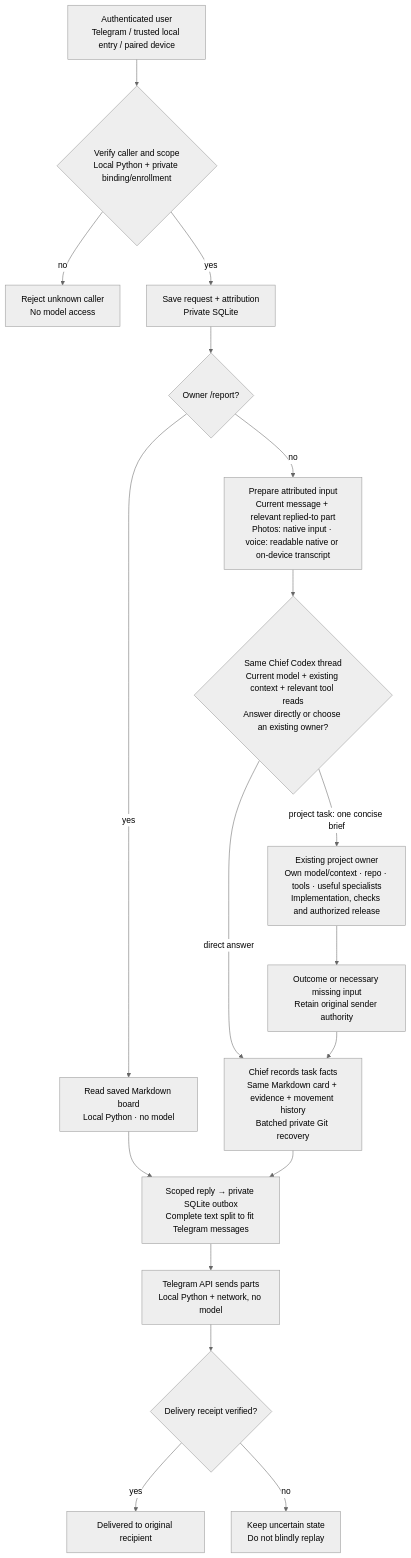
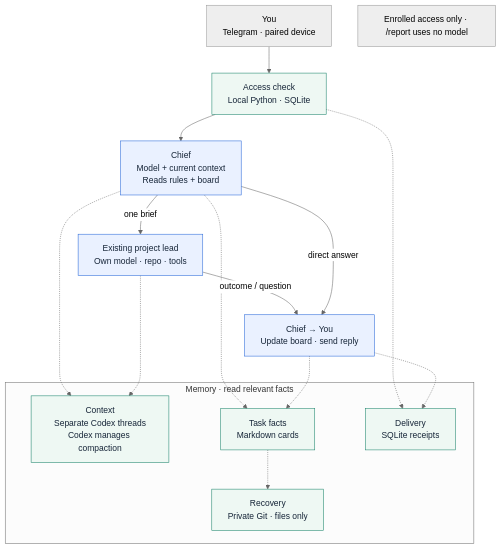
The diagram in chief/architecture.mmd (MarcoWorms/marcoworms.github.io), drawn with Mermaid (neutral theme) before and after one commit. The commit also changed 4 other files, not shown here.

Commit message:
Present Chief flow and memory in one clear diagram

```diff
--- a/chief/architecture.mmd
+++ b/chief/architecture.mmd
@@ -1,27 +1,28 @@
 flowchart TB
-    U["Authenticated user<br/>Telegram / trusted local entry / paired device"]
-    A{"Verify caller and scope<br/>Local Python + private binding/enrollment"}
-    D["Reject unknown caller<br/>No model access"]
-    Q["Save request + attribution<br/>Private SQLite"]
-    R{"Owner /report?"}
-    F["Read saved Markdown board<br/>Local Python · no model"]
-    P["Prepare attributed input<br/>Current message + relevant replied-to part<br/>Photos: native input · voice: readable native or on-device transcript"]
-    C{"Same Chief Codex thread<br/>Current model + existing context + relevant tool reads<br/>Answer directly or choose an existing owner?"}
-    O["Existing project owner<br/>Own model/context · repo · tools · useful specialists<br/>Implementation, checks and authorized release"]
-    E["Outcome or necessary missing input<br/>Retain original sender authority"]
-    B["Chief records task facts<br/>Same Markdown card + evidence + movement history<br/>Batched private Git recovery"]
-    T["Scoped reply → private SQLite outbox<br/>Complete text split to fit Telegram messages"]
-    S["Telegram API sends parts<br/>Local Python + network, no model"]
-    V{"Delivery receipt verified?"}
-    Y["Delivered to original recipient"]
-    N["Keep uncertain state<br/>Do not blindly replay"]
-    U --> A
-    A -->|no| D
-    A -->|yes| Q --> R
-    R -->|yes| F --> T
-    R -->|no| P --> C
-    C -->|direct answer| B
-    C -->|project task: one concise brief| O --> E --> B
-    B --> T --> S --> V
-    V -->|yes| Y
-    V -->|no| N
+    U["You<br/>Telegram · paired device"]
+    A["Access check<br/>Local Python · SQLite"]
+    C["Chief<br/>Model + current context<br/>Reads rules + board"]
+    P["Existing project lead<br/>Own model · repo · tools"]
+    R["Chief → You<br/>Update board · send reply"]
+    U --> A --> C
+    C -->|one brief| P
+    P -->|outcome / question| R
+    C -->|direct answer| R
+    subgraph M["Memory · read relevant facts"]
+      CT["Context<br/>Separate Codex threads<br/>Codex manages compaction"]
+      TF["Task facts<br/>Markdown cards"]
+      DL["Delivery<br/>SQLite receipts"]
+      BK["Recovery<br/>Private Git · files only"]
+    end
+    C -.-> CT
+    P -.-> CT
+    C -.-> TF
+    R -.-> TF
+    A -.-> DL
+    R -.-> DL
+    TF -.-> BK
+    N["Enrolled access only · /report uses no model"]
+    classDef model fill:#eaf1ff,stroke:#2465d8,color:#162538;
+    classDef memory fill:#eef8f3,stroke:#178269,color:#162538;
+    class C,P,R model;
+    class A,CT,TF,DL,BK memory;
```
